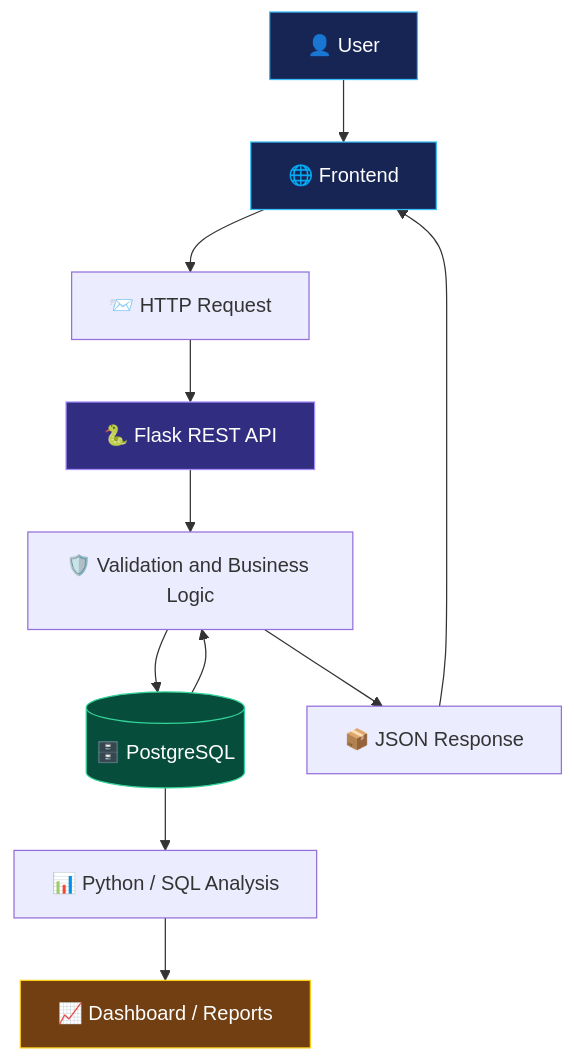
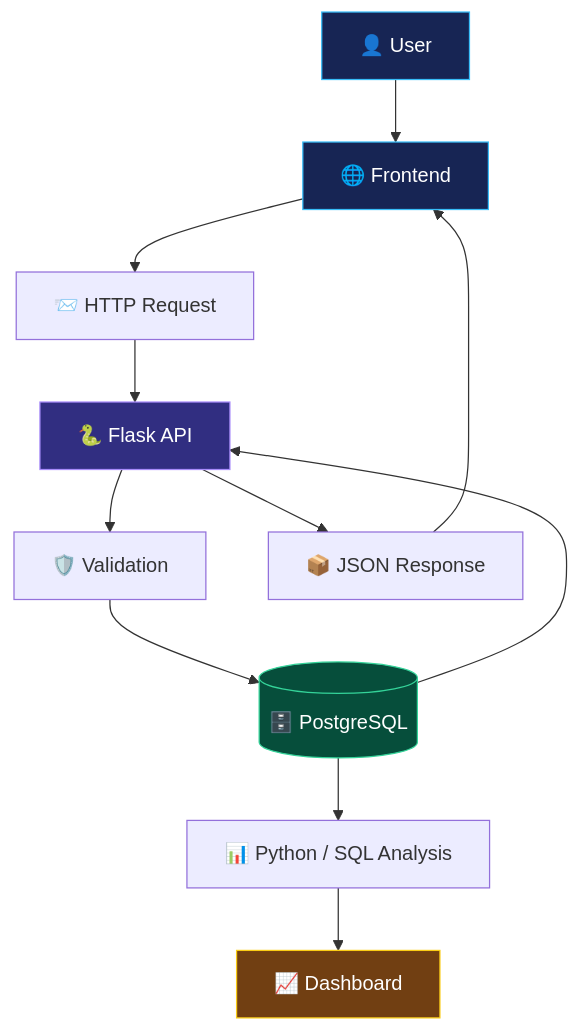
The diagram in README.md (kanishkailango/kanishkailango), drawn with Mermaid before and after one commit. The commit also changed other lines of this file, not shown here.

````diff
--- a/README.md
+++ b/README.md
@@ -351,19 +332,19 @@
 ```mermaid
 flowchart TD
     A["👤 User"] --> B["🌐 Frontend"]
     B --> C["📨 HTTP Request"]
-    C --> D["🐍 Flask REST API"]
-    D --> E["🛡️ Validation and Business Logic"]
+    C --> D["🐍 Flask API"]
+    D --> E["🛡️ Validation"]
     E --> F[("🗄️ PostgreSQL")]
-    F --> E
-    E --> G["📦 JSON Response"]
+    F --> D
+    D --> G["📦 JSON Response"]
     G --> B
     F --> H["📊 Python / SQL Analysis"]
-    H --> I["📈 Dashboard / Reports"]
+    H --> I["📈 Dashboard"]
 
     style A fill:#172554,stroke:#38bdf8,color:#fff
     style B fill:#172554,stroke:#38bdf8,color:#fff
     style D fill:#312e81,stroke:#a78bfa,color:#fff
     style F fill:#064e3b,stroke:#34d399,color:#fff
     style I fill:#713f12,stroke:#facc15,color:#fff
 ```
````
